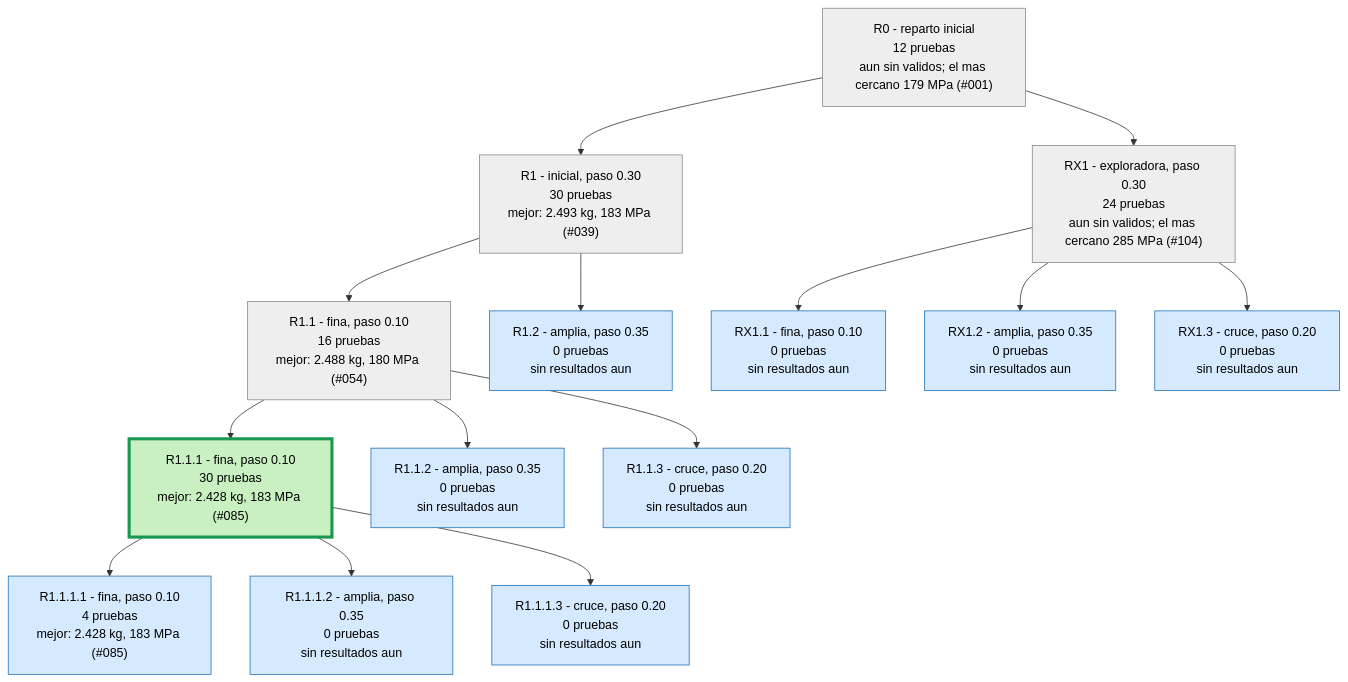
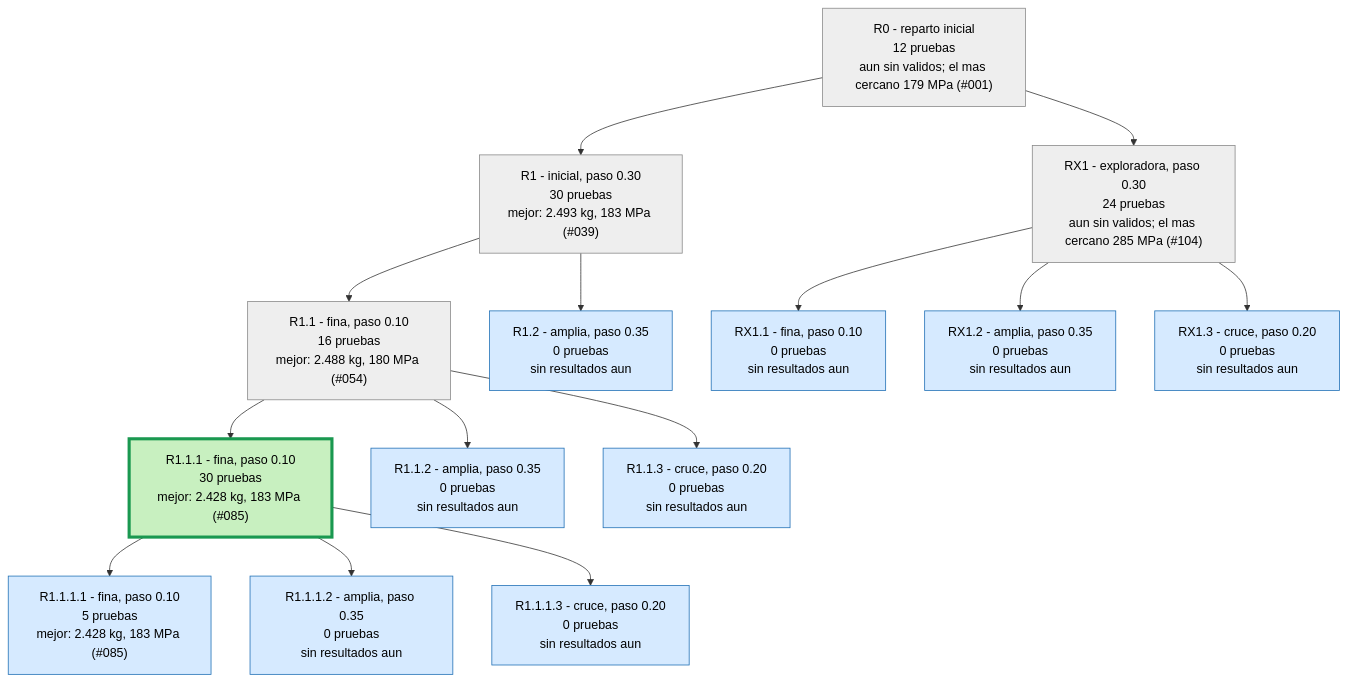
The second of 3 diagrams in runs/opt_37800N/ARBOL.md (Hugiko/msd-soporte-optimizacion), drawn with Mermaid before and after one commit. The commit also changed 22 other files, not shown here.

````diff
--- a/runs/opt_37800N/ARBOL.md
+++ b/runs/opt_37800N/ARBOL.md
@@ -29,33 +29,33 @@
 ```mermaid
 graph TD
 classDef activa fill:#d6eaff,stroke:#1f6fb5,color:#000
 classDef fin fill:#eeeeee,stroke:#888,color:#000
 classDef mejor fill:#c8f0c0,stroke:#1a9850,stroke-width:4px,color:#000
 R0["R0 - reparto inicial<br/>12 pruebas<br/>aun sin validos; el mas cercano 179 MPa (#001)"]:::fin
 R1["R1 - inicial, paso 0.30<br/>30 pruebas<br/>mejor: 2.493 kg, 183 MPa (#039)"]:::fin
 R0 --> R1
 R1_1["R1.1 - fina, paso 0.10<br/>16 pruebas<br/>mejor: 2.488 kg, 180 MPa (#054)"]:::fin
 R1 --> R1_1
 R1_2["R1.2 - amplia, paso 0.35<br/>0 pruebas<br/>sin resultados aun"]:::activa
 R1 --> R1_2
 R1_1_1["R1.1.1 - fina, paso 0.10<br/>30 pruebas<br/>mejor: 2.428 kg, 183 MPa (#085)"]:::mejor
 R1_1 --> R1_1_1
 R1_1_2["R1.1.2 - amplia, paso 0.35<br/>0 pruebas<br/>sin resultados aun"]:::activa
 R1_1 --> R1_1_2
 R1_1_3["R1.1.3 - cruce, paso 0.20<br/>0 pruebas<br/>sin resultados aun"]:::activa
 R1_1 --> R1_1_3
-R1_1_1_1["R1.1.1.1 - fina, paso 0.10<br/>4 pruebas<br/>mejor: 2.428 kg, 183 MPa (#085)"]:::activa
+R1_1_1_1["R1.1.1.1 - fina, paso 0.10<br/>5 pruebas<br/>mejor: 2.428 kg, 183 MPa (#085)"]:::activa
 R1_1_1 --> R1_1_1_1
 R1_1_1_2["R1.1.1.2 - amplia, paso 0.35<br/>0 pruebas<br/>sin resultados aun"]:::activa
 R1_1_1 --> R1_1_1_2
 R1_1_1_3["R1.1.1.3 - cruce, paso 0.20<br/>0 pruebas<br/>sin resultados aun"]:::activa
 R1_1_1 --> R1_1_1_3
 RX1["RX1 - exploradora, paso 0.30<br/>24 pruebas<br/>aun sin validos; el mas cercano 285 MPa (#104)"]:::fin
 R0 --> RX1
 RX1_1["RX1.1 - fina, paso 0.10<br/>0 pruebas<br/>sin resultados aun"]:::activa
 RX1 --> RX1_1
 RX1_2["RX1.2 - amplia, paso 0.35<br/>0 pruebas<br/>sin resultados aun"]:::activa
 RX1 --> RX1_2
 RX1_3["RX1.3 - cruce, paso 0.20<br/>0 pruebas<br/>sin resultados aun"]:::activa
 RX1 --> RX1_3
 ```
````
